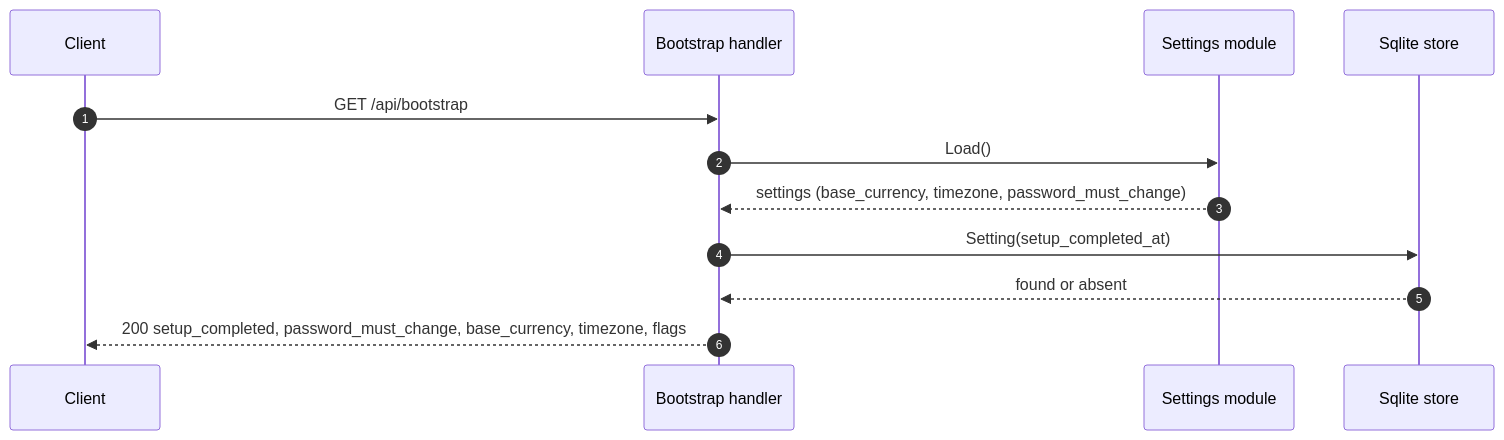
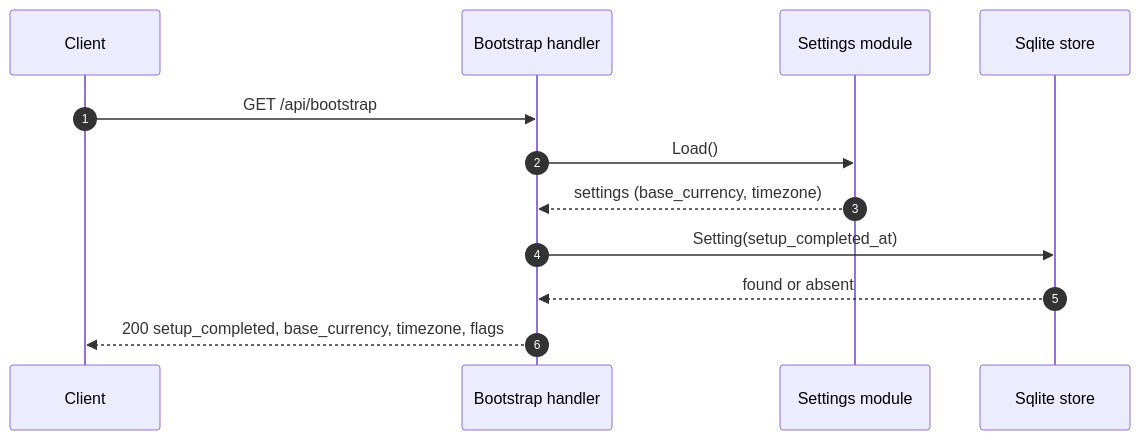
One commit to dimasbaguspm/spenicle changed the diagram in docs/endpoints/GET_api_bootstrap.md. Above: the diagram before and after it, drawn with Mermaid. The commit also changed other lines of this file and 66 other files, not shown here.

````diff
--- a/docs/endpoints/GET_api_bootstrap.md
+++ b/docs/endpoints/GET_api_bootstrap.md
@@ -54,14 +55,14 @@
 ```mermaid
 sequenceDiagram
     autonumber
     participant UI as Client
     participant H as Bootstrap handler
     participant S as Settings module
     participant R as Sqlite store
     UI->>H: GET /api/bootstrap
     H->>S: Load()
-    S-->>H: settings (base_currency, timezone, password_must_change)
+    S-->>H: settings (base_currency, timezone)
     H->>R: Setting(setup_completed_at)
     R-->>H: found or absent
-    H-->>UI: 200 setup_completed, password_must_change, base_currency, timezone, flags
+    H-->>UI: 200 setup_completed, base_currency, timezone, flags
 ```
````
